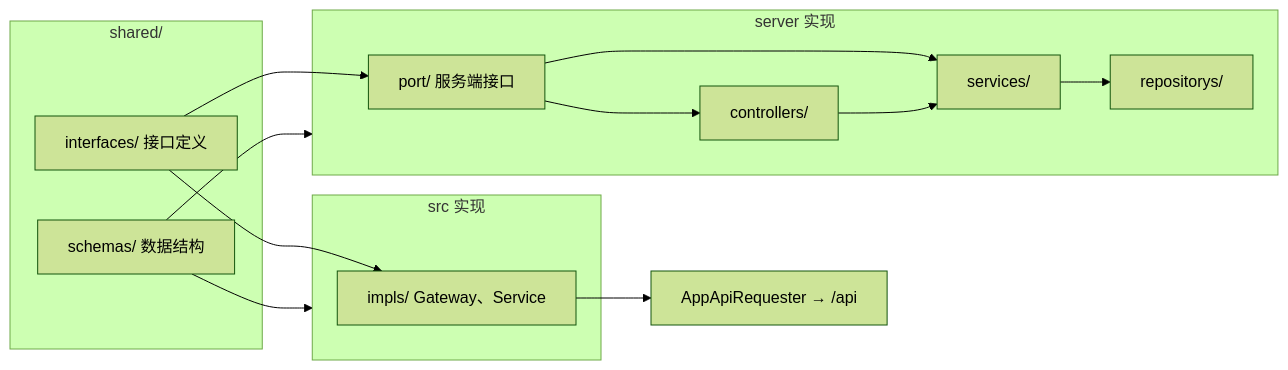
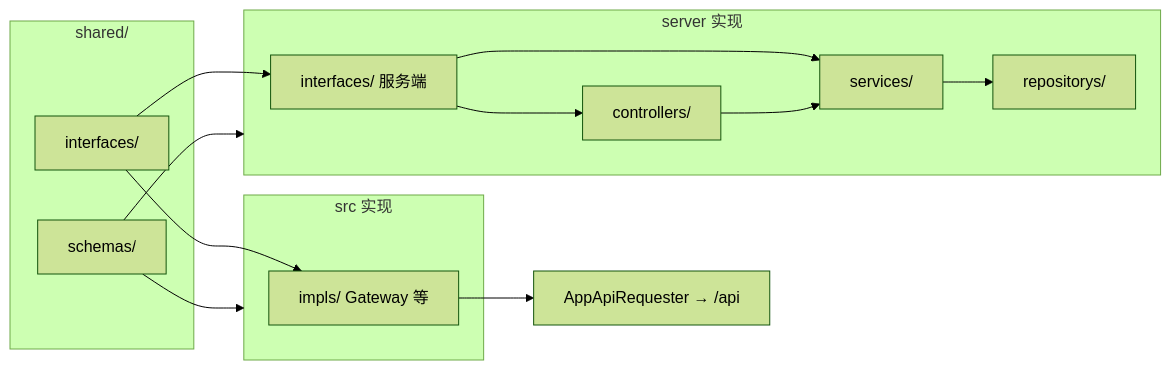
Before and after one commit to qlover/fe-base: the third of 3 diagrams in examples/next-seed/README.md, drawn with Mermaid (forest theme). The commit also changed other lines of this file and 47 other files, not shown here.

````diff
--- a/examples/next-seed/README.md
+++ b/examples/next-seed/README.md
@@ -167,25 +184,25 @@
 ```mermaid
 flowchart LR
   subgraph shared["shared/"]
-    IF["interfaces/ 接口定义"]
-    SC["schemas/ 数据结构"]
+    IF["interfaces/"]
+    SC["schemas/"]
   end
   subgraph server_impl["server 实现"]
-    PORT["port/ 服务端接口"]
+    PORT["interfaces/ 服务端"]
     SVC["services/"]
     REP["repositorys/"]
     CTL["controllers/"]
   end
   subgraph client_impl["src 实现"]
-    IMPL["impls/ Gateway、Service"]
+    IMPL["impls/ Gateway 等"]
   end
   IF --> PORT
   IF --> IMPL
   SC --> server_impl
   SC --> client_impl
   PORT --> SVC
   PORT --> CTL
   SVC --> REP
   CTL --> SVC
   IMPL --> Requester["AppApiRequester → /api"]
 ```
````
